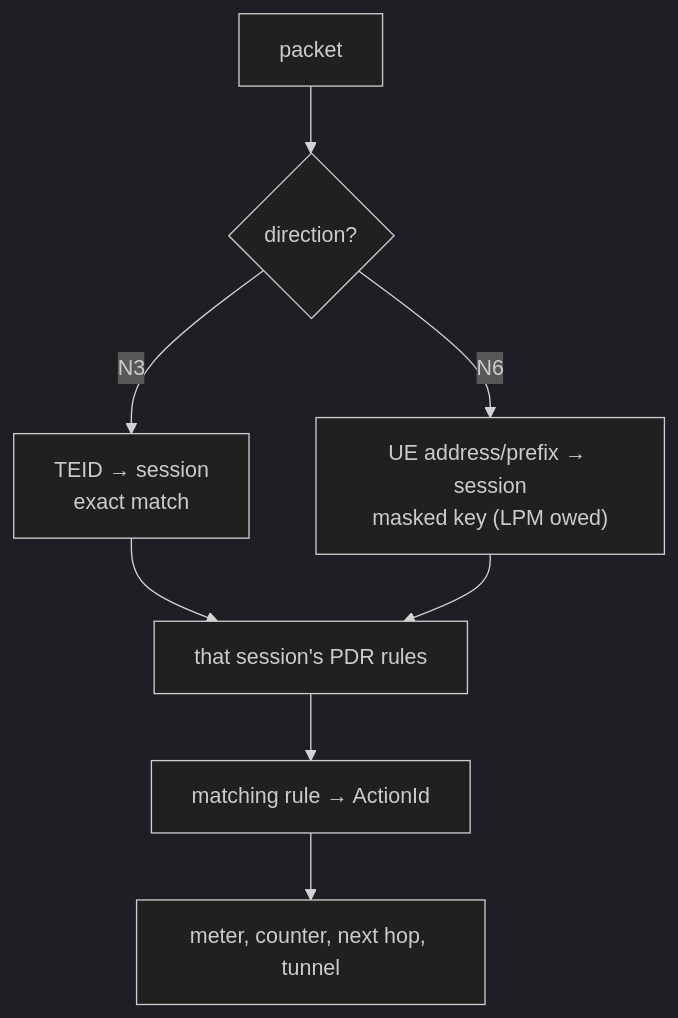
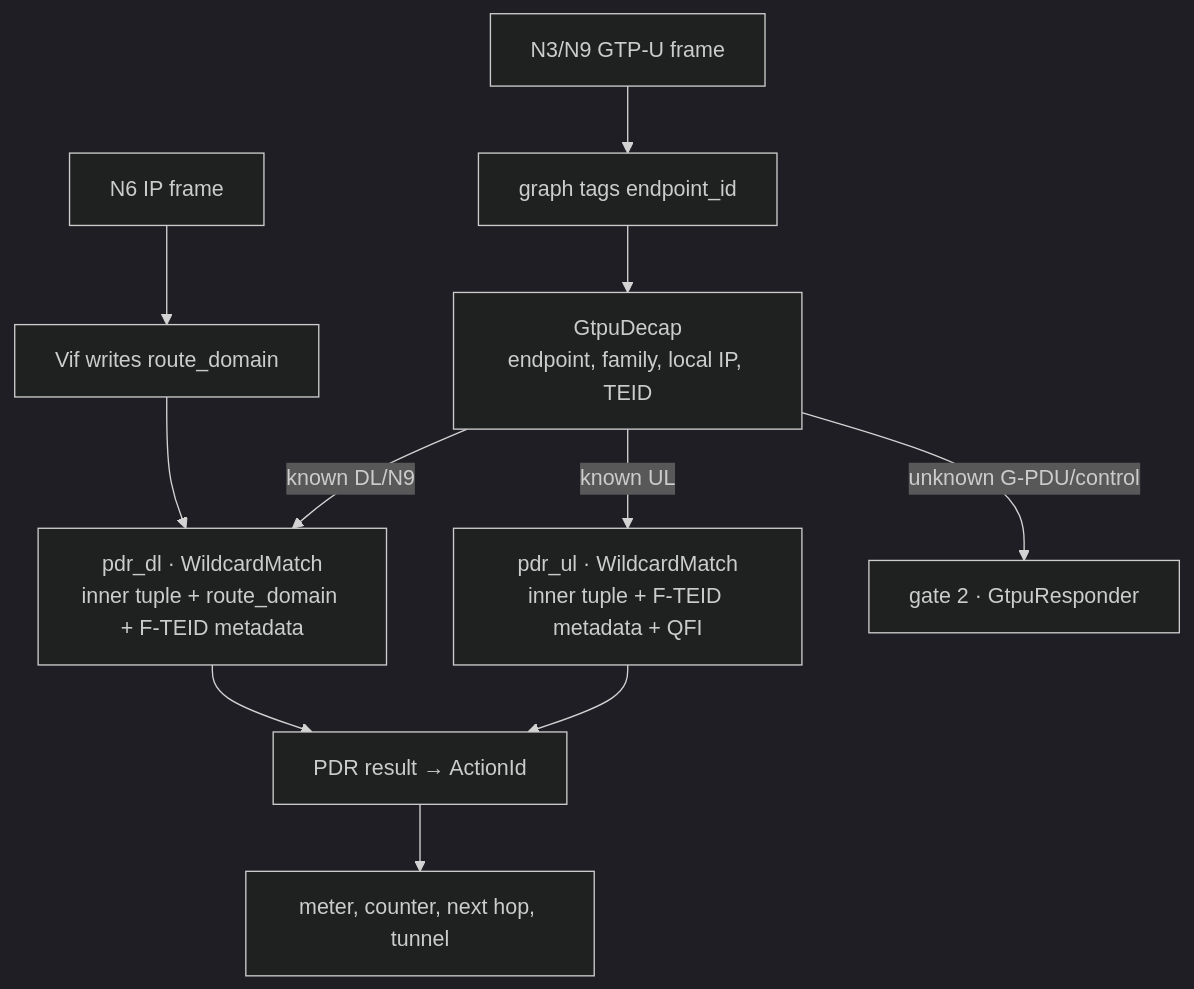
The fourth of 4 diagrams in docs/design.md (krsna1729/upf), drawn with Mermaid (dark theme) before and after one commit. The commit also changed other lines of this file and 134 other files, not shown here.

First line of the commit message:
R16 roles, endpoint-scoped F-TEID admission, routed dual-stack transport (#17)

````diff
--- a/docs/design.md
+++ b/docs/design.md
@@ -688,10 +712,13 @@
 ```mermaid
 flowchart TB
-    pkt["packet"] --> dir{"direction?"}
-    dir -->|N3| teid["TEID → session<br/>exact match"]
-    dir -->|N6| ue["UE address/prefix → session<br/>masked key (LPM owed)"]
-    teid --> pdr["that session's PDR rules"]
-    ue --> pdr
-    pdr --> act["matching rule → ActionId"]
-    act --> rest["meter, counter, next hop, tunnel"]
+    outer["N3/N9 GTP-U frame"] --> tag["graph tags endpoint_id"]
+    tag --> admission["GtpuDecap<br/>endpoint, family, local IP, TEID"]
+    admission -->|"known UL"| ul["pdr_ul · WildcardMatch<br/>inner tuple + F-TEID metadata + QFI"]
+    admission -->|"known DL/N9"| dl["pdr_dl · WildcardMatch<br/>inner tuple + route_domain + F-TEID metadata"]
+    n6["N6 IP frame"] --> domain["Vif writes route_domain"]
+    domain --> dl
+    admission -->|"unknown G-PDU/control"| control["gate 2 · GtpuResponder"]
+    ul --> result["PDR result → ActionId"]
+    dl --> result
+    result --> treatment["meter, counter, next hop, tunnel"]
 ```
````
